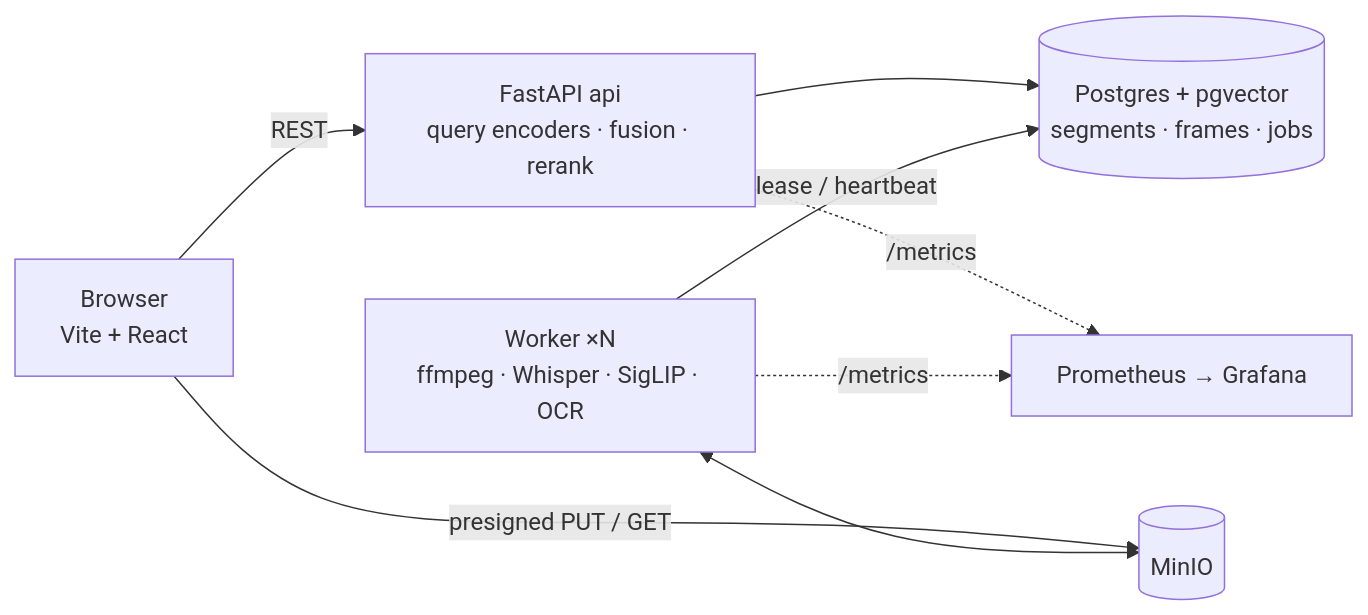
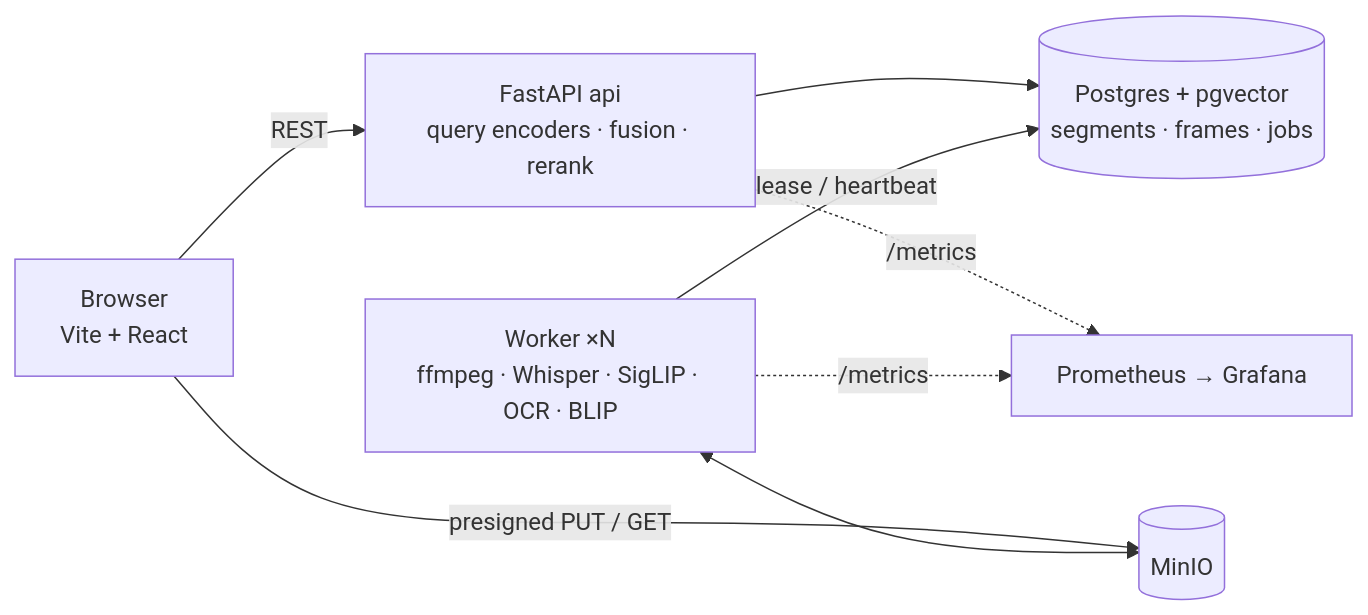
One commit to Veeru102/ScenePeek changed the diagram in README.md. Above: the diagram before and after it, drawn with Mermaid. The commit also changed other lines of this file and 1 other file, not shown here.

````diff
--- a/README.md
+++ b/README.md
@@ -37,10 +39,10 @@
 ```mermaid
 flowchart LR
     B[Browser<br/>Vite + React] -->|REST| A[FastAPI api<br/>query encoders · fusion · rerank]
     B -->|presigned PUT / GET| M[(MinIO)]
     A --> P[(Postgres + pgvector<br/>segments · frames · jobs)]
-    W[Worker ×N<br/>ffmpeg · Whisper · SigLIP · OCR] -->|lease / heartbeat| P
+    W[Worker ×N<br/>ffmpeg · Whisper · SigLIP · OCR · BLIP] -->|lease / heartbeat| P
     W <--> M
     A -.->|/metrics| PR[Prometheus → Grafana]
     W -.->|/metrics| PR
 ```
````
